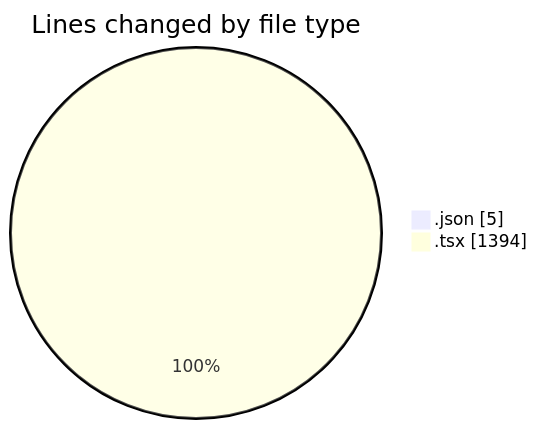
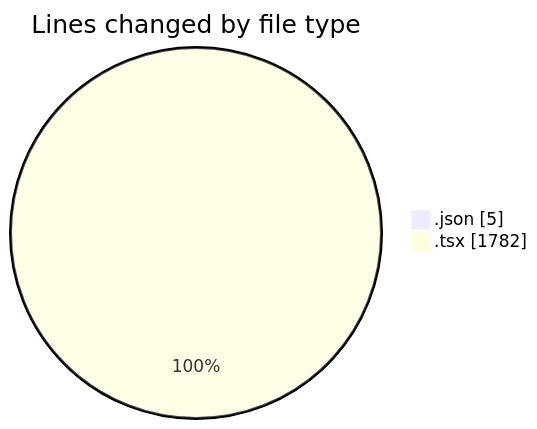
One commit to Elitesun/code-tracking changed the first of 2 diagrams in 2025-05-29/advertise/README.md. Above: the diagram before and after it, drawn with Mermaid. The commit also changed other lines of this file and 1 other file, not shown here.

````diff
--- a/2025-05-29/advertise/README.md
+++ b/2025-05-29/advertise/README.md
@@ -26,6 +26,6 @@
 ```mermaid
 pie showData
 title Lines changed by file type
 ".json" : 5
-".tsx" : 1394
+".tsx" : 1782
 ```
````
